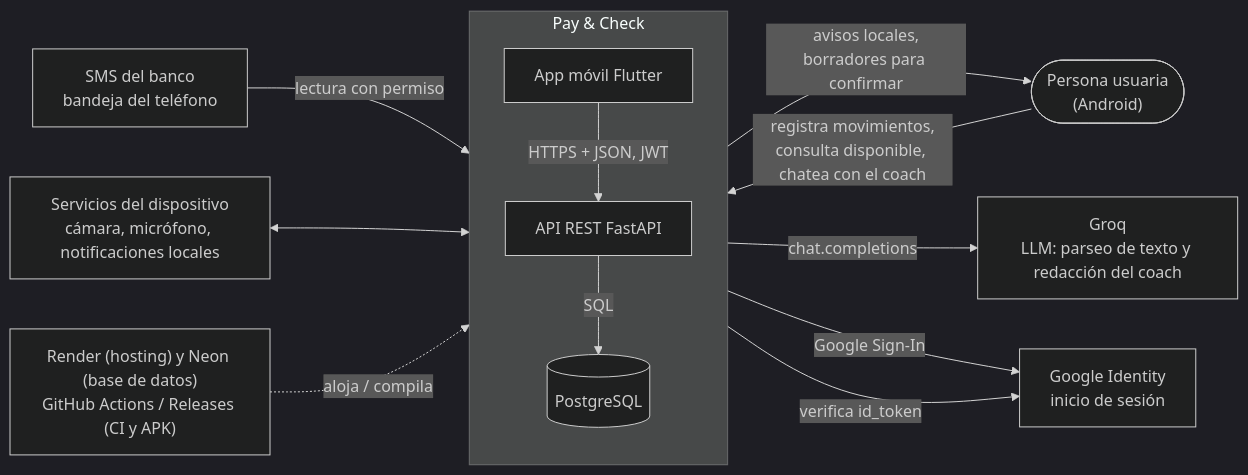
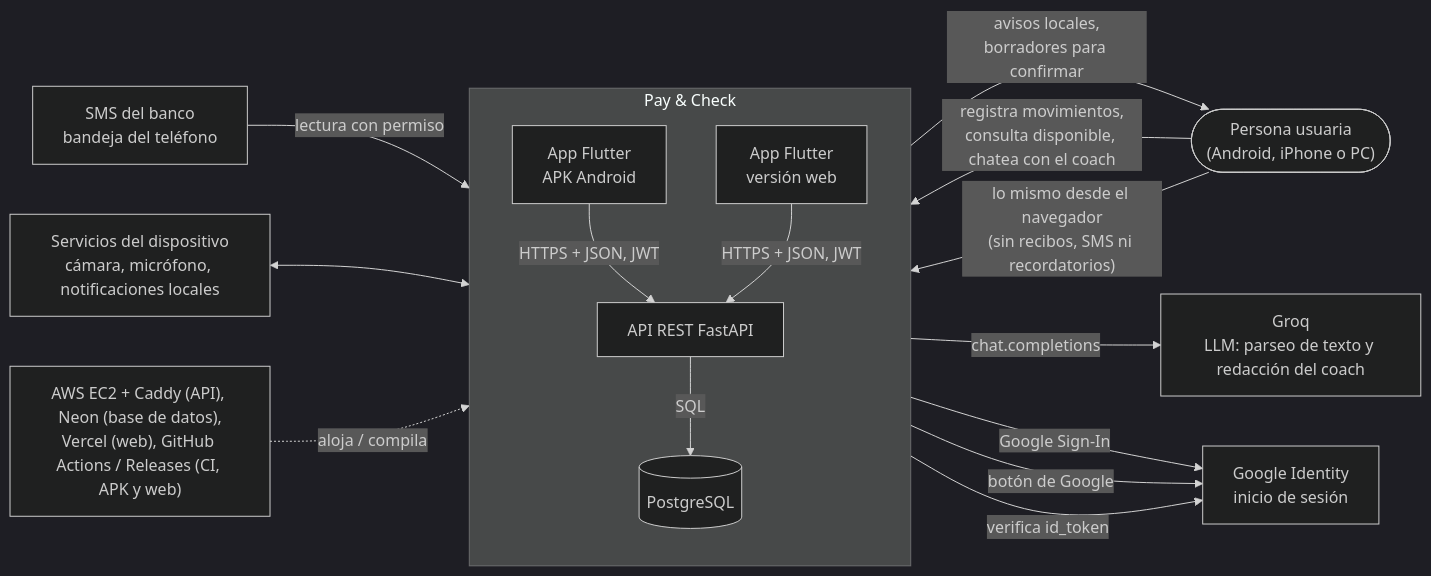
One commit to DiegoFernandoChavarroCastillo/pay_and_check changed the first of 2 diagrams in docs/use-cases.md. Above: the diagram before and after it, drawn with Mermaid (dark theme). The commit also changed other lines of this file and 26 other files, not shown here.

First line of the commit message:
Documentación al día: versión web, despliegue en AWS, diagramas y pendientes

````diff
--- a/docs/use-cases.md
+++ b/docs/use-cases.md
@@ -10,28 +10,32 @@
 ```mermaid
 flowchart LR
-    Persona(["Persona usuaria<br/>(Android)"])
+    Persona(["Persona usuaria<br/>(Android, iPhone o PC)"])
 
     subgraph PC["Pay & Check"]
         direction TB
-        App["App móvil Flutter"]
+        App["App Flutter<br/>APK Android"]
+        Web["App Flutter<br/>versión web"]
         API["API REST FastAPI"]
         DB[("PostgreSQL")]
         App -- "HTTPS + JSON, JWT" --> API
+        Web -- "HTTPS + JSON, JWT" --> API
         API -- "SQL" --> DB
     end
 
     Groq["Groq<br/>LLM: parseo de texto y redacción del coach"]
     GoogleID["Google Identity<br/>inicio de sesión"]
     SMS["SMS del banco<br/>bandeja del teléfono"]
     OS["Servicios del dispositivo<br/>cámara, micrófono, notificaciones locales"]
-    Plat["Render (hosting) y Neon (base de datos)<br/>GitHub Actions / Releases (CI y APK)"]
+    Plat["AWS EC2 + Caddy (API), Neon (base de datos),<br/>Vercel (web), GitHub Actions / Releases (CI, APK y web)"]
 
     Persona -- "registra movimientos,<br/>consulta disponible, chatea con el coach" --> App
+    Persona -- "lo mismo desde el navegador<br/>(sin recibos, SMS ni recordatorios)" --> Web
     App -- "avisos locales,<br/>borradores para confirmar" --> Persona
     SMS -- "lectura con permiso" --> App
     OS <--> App
     API -- "chat.completions" --> Groq
     App -- "Google Sign-In" --> GoogleID
+    Web -- "botón de Google" --> GoogleID
     API -- "verifica id_token" --> GoogleID
     Plat -. "aloja / compila" .-> PC
 ```
````
